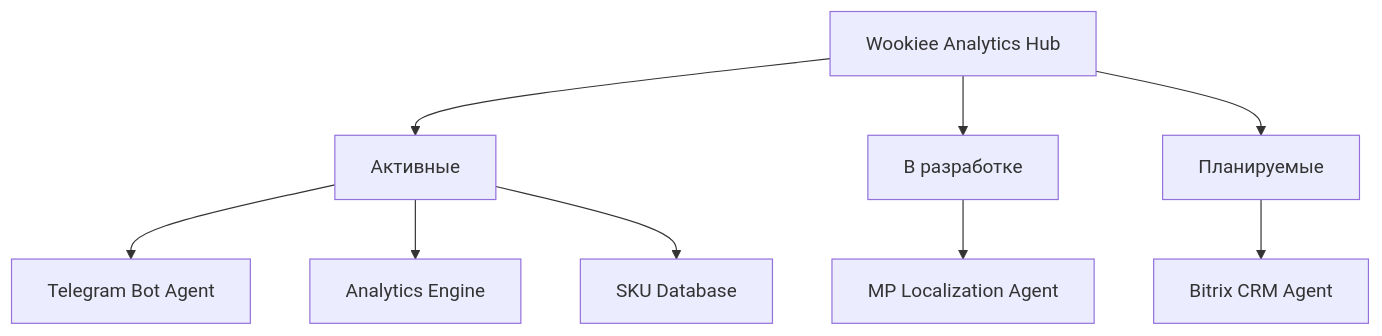
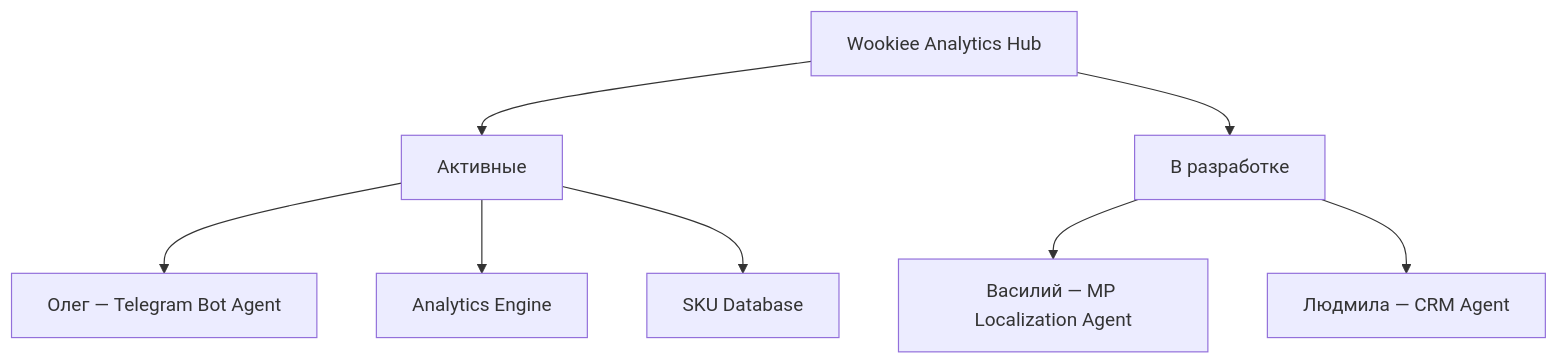
Before and after one commit to danila-matveev/Wookiee: the second of 2 diagrams in README.md, drawn with Mermaid. The commit also changed other lines of this file and 289 other files, not shown here.

````diff
--- a/README.md
+++ b/README.md
@@ -41,15 +41,13 @@
 ```mermaid
 graph TB
     HUB[Wookiee Analytics Hub]
     HUB --> ACTIVE[Активные]
     HUB --> DEV[В разработке]
-    HUB --> PLAN[Планируемые]
 
-    ACTIVE --> A1[Telegram Bot Agent]
+    ACTIVE --> A1[Олег — Telegram Bot Agent]
     ACTIVE --> A2[Analytics Engine]
     ACTIVE --> A3[SKU Database]
 
-    DEV --> D1[MP Localization Agent]
-
-    PLAN --> P1[Bitrix CRM Agent]
+    DEV --> D1[Василий — MP Localization Agent]
+    DEV --> D2[Людмила — CRM Agent]
 ```
````
